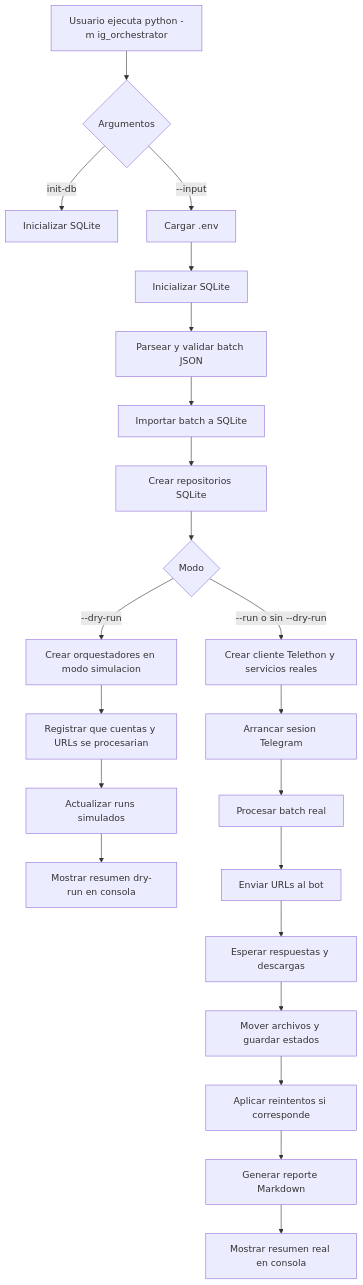
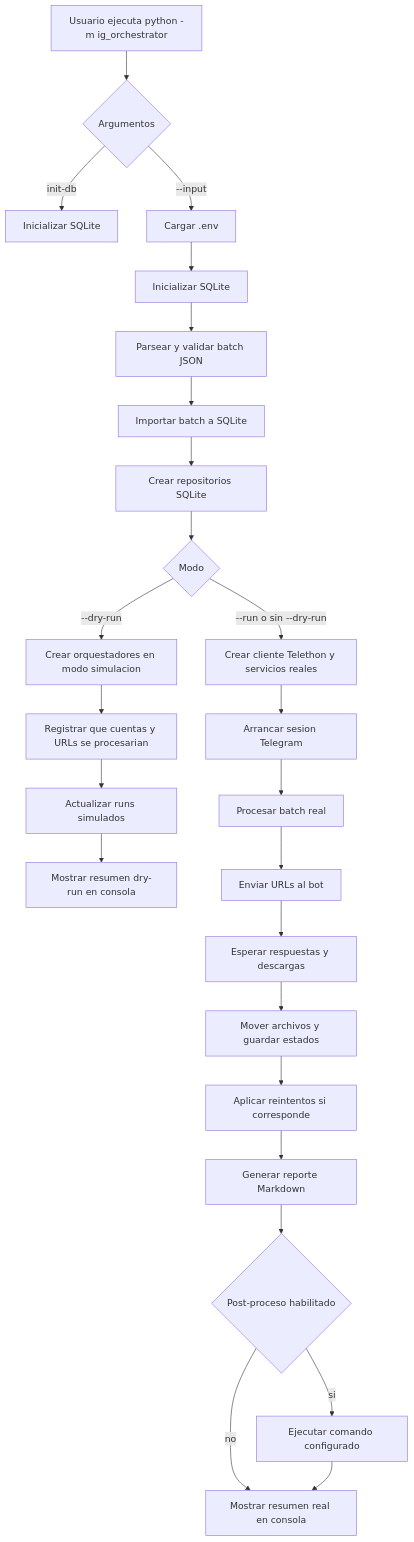
Before and after one commit to eduardobv/ig_orchestrator: the first of 2 diagrams in README.md, drawn with Mermaid. The commit also changed other lines of this file and 15 other files, not shown here.

````diff
--- a/README.md
+++ b/README.md
@@ -379,24 +398,27 @@
 ```mermaid
 flowchart TD
     A[Usuario ejecuta python -m ig_orchestrator] --> B{Argumentos}
     B -->|init-db| C[Inicializar SQLite]
     B -->|--input| D[Cargar .env]
     D --> E[Inicializar SQLite]
     E --> F[Parsear y validar batch JSON]
     F --> G[Importar batch a SQLite]
     G --> H[Crear repositorios SQLite]
     H --> I{Modo}
     I -->|--dry-run| J[Crear orquestadores en modo simulacion]
     J --> K[Registrar que cuentas y URLs se procesarian]
     K --> L[Actualizar runs simulados]
     L --> M[Mostrar resumen dry-run en consola]
     I -->|--run o sin --dry-run| N[Crear cliente Telethon y servicios reales]
     N --> O[Arrancar sesion Telegram]
     O --> P[Procesar batch real]
     P --> Q[Enviar URLs al bot]
     Q --> R[Esperar respuestas y descargas]
     R --> S[Mover archivos y guardar estados]
     S --> T[Aplicar reintentos si corresponde]
     T --> U[Generar reporte Markdown]
-    U --> V[Mostrar resumen real en consola]
+    U --> V{Post-proceso habilitado}
+    V -->|no| W[Mostrar resumen real en consola]
+    V -->|si| X[Ejecutar comando configurado]
+    X --> W
 ```
````
